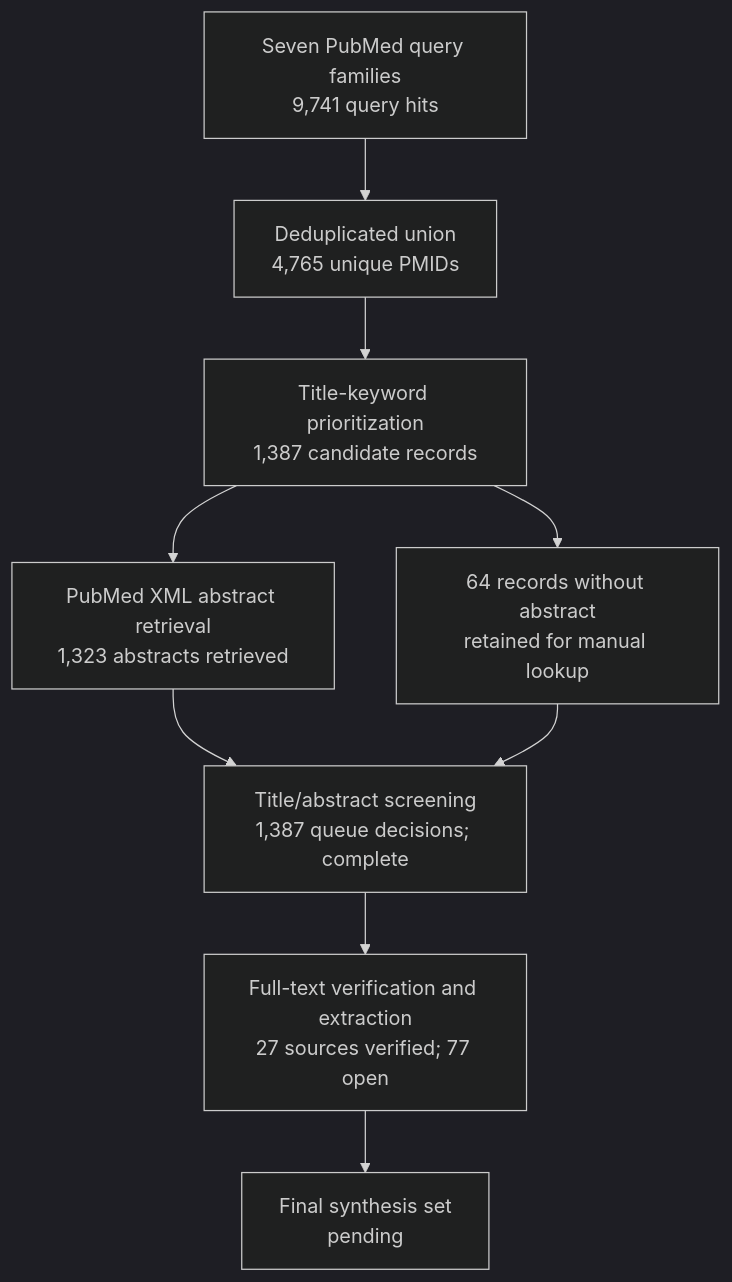
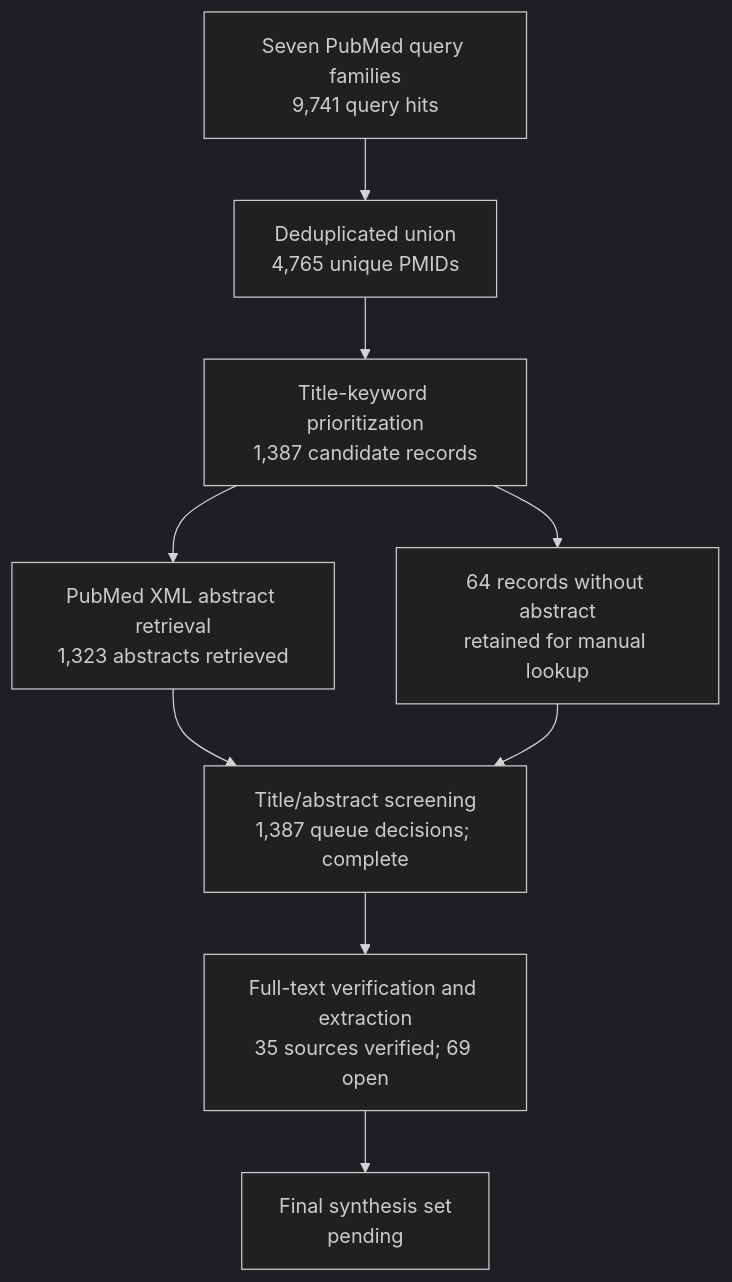
Before and after one commit to dcmcshan/artemisia: the diagram in manuscript/review-flow.md, drawn with Mermaid (dark theme). The commit also changed other lines of this file and 11 other files, not shown here.

Commit message:
Add full text malaria and wormwood tranche

````diff
--- a/manuscript/review-flow.md
+++ b/manuscript/review-flow.md
@@ -5,11 +5,11 @@
 ```mermaid
 flowchart TB
   Q[Seven PubMed query families<br/>9,741 query hits] --> U[Deduplicated union<br/>4,765 unique PMIDs]
   U --> T[Title-keyword prioritization<br/>1,387 candidate records]
   T --> A[PubMed XML abstract retrieval<br/>1,323 abstracts retrieved]
   T --> N[64 records without abstract<br/>retained for manual lookup]
   A --> M[Title/abstract screening<br/>1,387 queue decisions; complete]
   N --> M
-  M --> F[Full-text verification and extraction<br/>27 sources verified; 77 open]
+  M --> F[Full-text verification and extraction<br/>35 sources verified; 69 open]
   F --> S[Final synthesis set<br/>pending]
 ```
````
